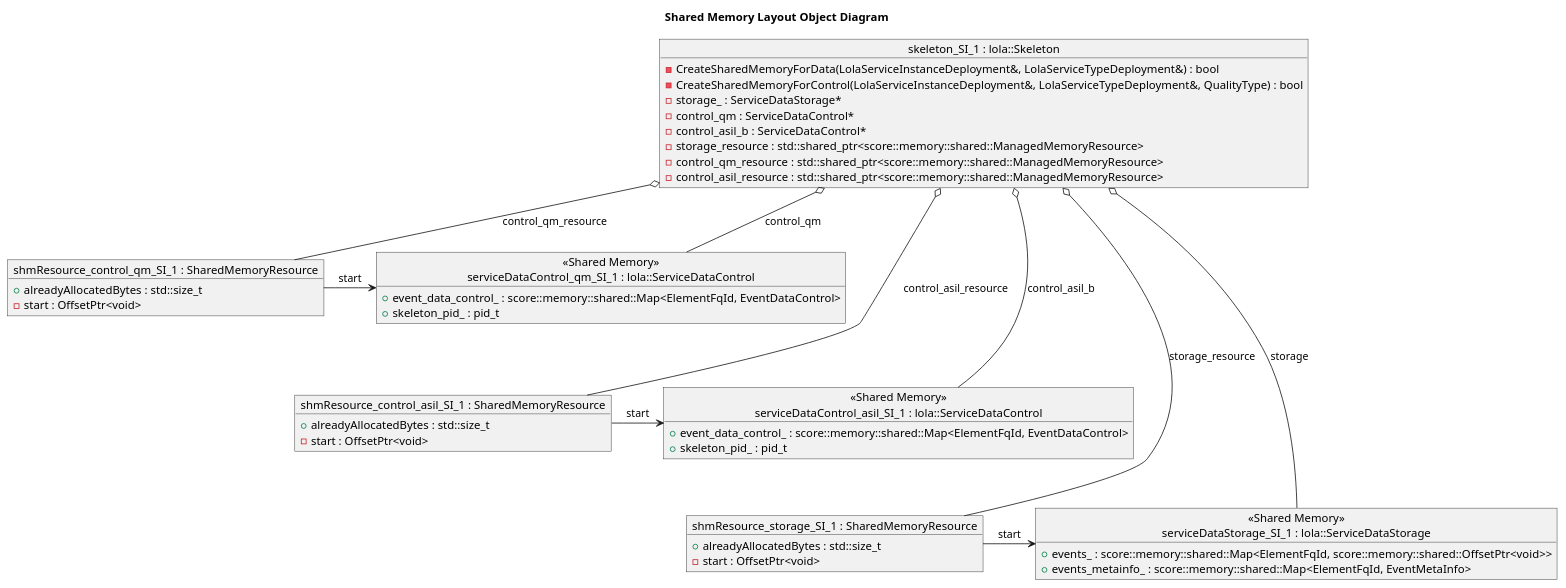
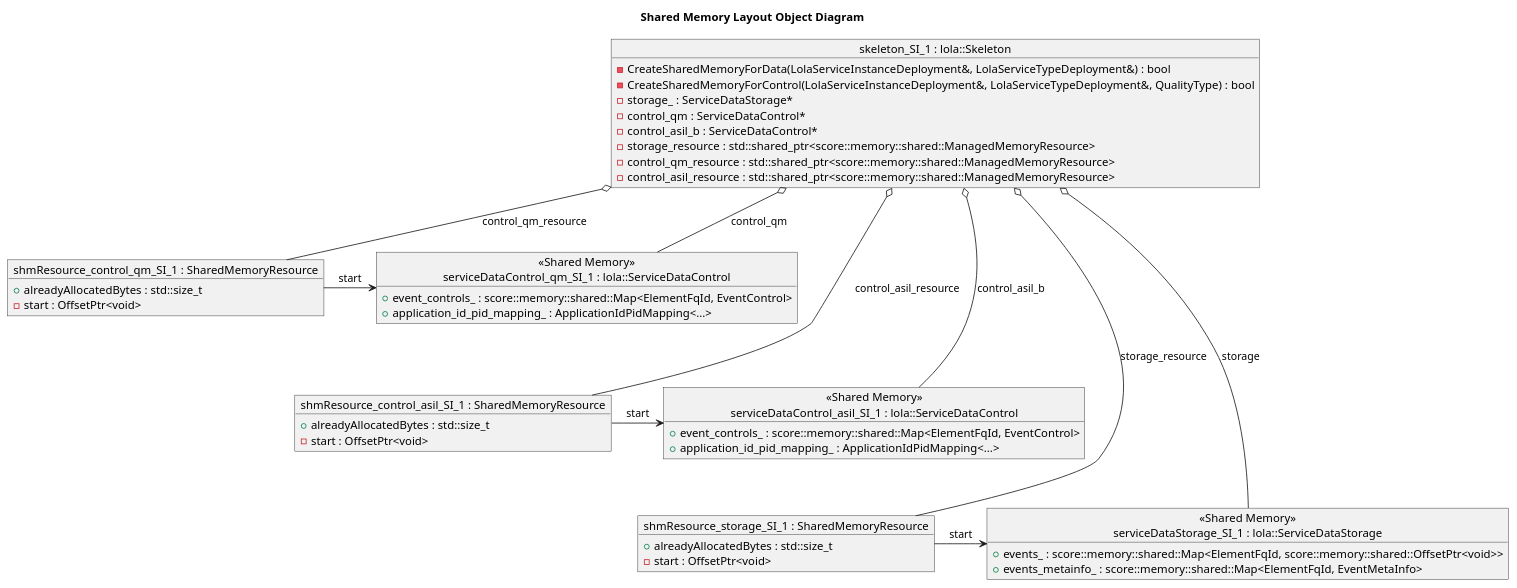
The diagram in score/mw/com/design/shared_mem_layout/shared_mem_layout_objectdiagram.puml (eclipse-score/communication), drawn with PlantUML before and after one commit. The commit also changed 14 other files, not shown here.

Commit message:
update UML/diagrams to reflect local view architecture

```diff
--- a/score/mw/com/design/shared_mem_layout/shared_mem_layout_objectdiagram.puml
+++ b/score/mw/com/design/shared_mem_layout/shared_mem_layout_objectdiagram.puml
@@ -1,60 +1,60 @@
 @startuml shared_mem_layout_objectdiagram
 title "Shared Memory Layout Object Diagram"
 
 object "skeleton_SI_1 : lola::Skeleton" as skeleton {
   -CreateSharedMemoryForData(LolaServiceInstanceDeployment&, LolaServiceTypeDeployment&) : bool
   -CreateSharedMemoryForControl(LolaServiceInstanceDeployment&, LolaServiceTypeDeployment&, QualityType) : bool
   -storage_ : ServiceDataStorage*
   -control_qm : ServiceDataControl*
   -control_asil_b : ServiceDataControl*
   -storage_resource : std::shared_ptr<score::memory::shared::ManagedMemoryResource>
   -control_qm_resource : std::shared_ptr<score::memory::shared::ManagedMemoryResource>
   -control_asil_resource : std::shared_ptr<score::memory::shared::ManagedMemoryResource>
 }
 
 object "shmResource_storage_SI_1 : SharedMemoryResource" as storage_resource {
   +alreadyAllocatedBytes : std::size_t
   -start : OffsetPtr<void>
 }
 
 object "shmResource_control_qm_SI_1 : SharedMemoryResource" as control_qm_resource {
   +alreadyAllocatedBytes : std::size_t
   -start : OffsetPtr<void>
 }
 
 object "shmResource_control_asil_SI_1 : SharedMemoryResource" as control_asil_resource {
   +alreadyAllocatedBytes : std::size_t
   -start : OffsetPtr<void>
 }
 
 object "<< Shared Memory >>\nserviceDataStorage_SI_1 : lola::ServiceDataStorage" as storage {
   +events_ : score::memory::shared::Map<ElementFqId, score::memory::shared::OffsetPtr<void>>
   +events_metainfo_ : score::memory::shared::Map<ElementFqId, EventMetaInfo>
 }
 
 object "<< Shared Memory >>\nserviceDataControl_qm_SI_1 : lola::ServiceDataControl" as control_qm {
-  +event_data_control_ : score::memory::shared::Map<ElementFqId, EventDataControl>
-  +skeleton_pid_ : pid_t
+  +event_controls_ : score::memory::shared::Map<ElementFqId, EventControl>
+  +application_id_pid_mapping_ : ApplicationIdPidMapping<...>
 }
 
 object "<< Shared Memory >>\nserviceDataControl_asil_SI_1 : lola::ServiceDataControl" as control_asil {
-  +event_data_control_ : score::memory::shared::Map<ElementFqId, EventDataControl>
-  +skeleton_pid_ : pid_t
+  +event_controls_ : score::memory::shared::Map<ElementFqId, EventControl>
+  +application_id_pid_mapping_ : ApplicationIdPidMapping<...>
 }
 
 skeleton o-- storage_resource : storage_resource
 skeleton o-- control_qm_resource : control_qm_resource
 skeleton o-- control_asil_resource : control_asil_resource
 
 skeleton o-- storage : storage
 skeleton o-- control_qm : control_qm
 skeleton o-- control_asil : control_asil_b
 
 control_qm_resource -right-> control_qm : start
 control_asil_resource -right-> control_asil : start
 storage_resource -right-> storage : start
 
 control_qm_resource -[hidden]-> control_asil_resource
 control_asil_resource -[hidden]-> storage_resource
 
 @enduml
```
